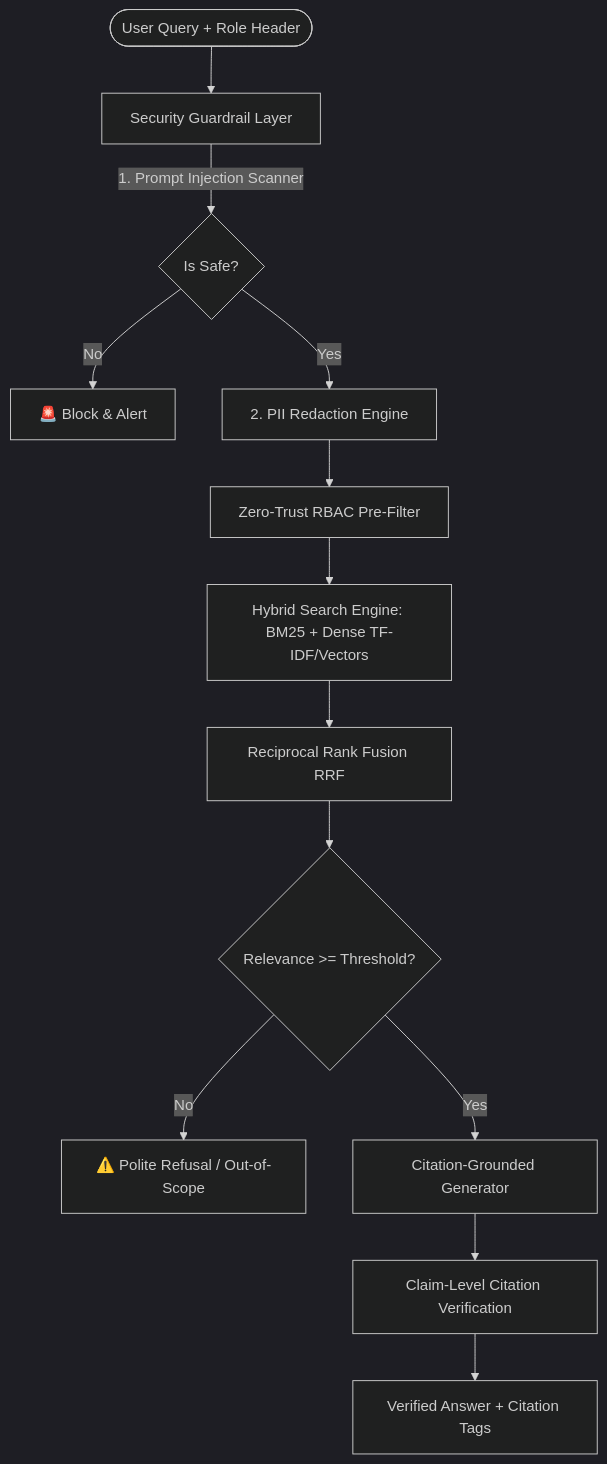
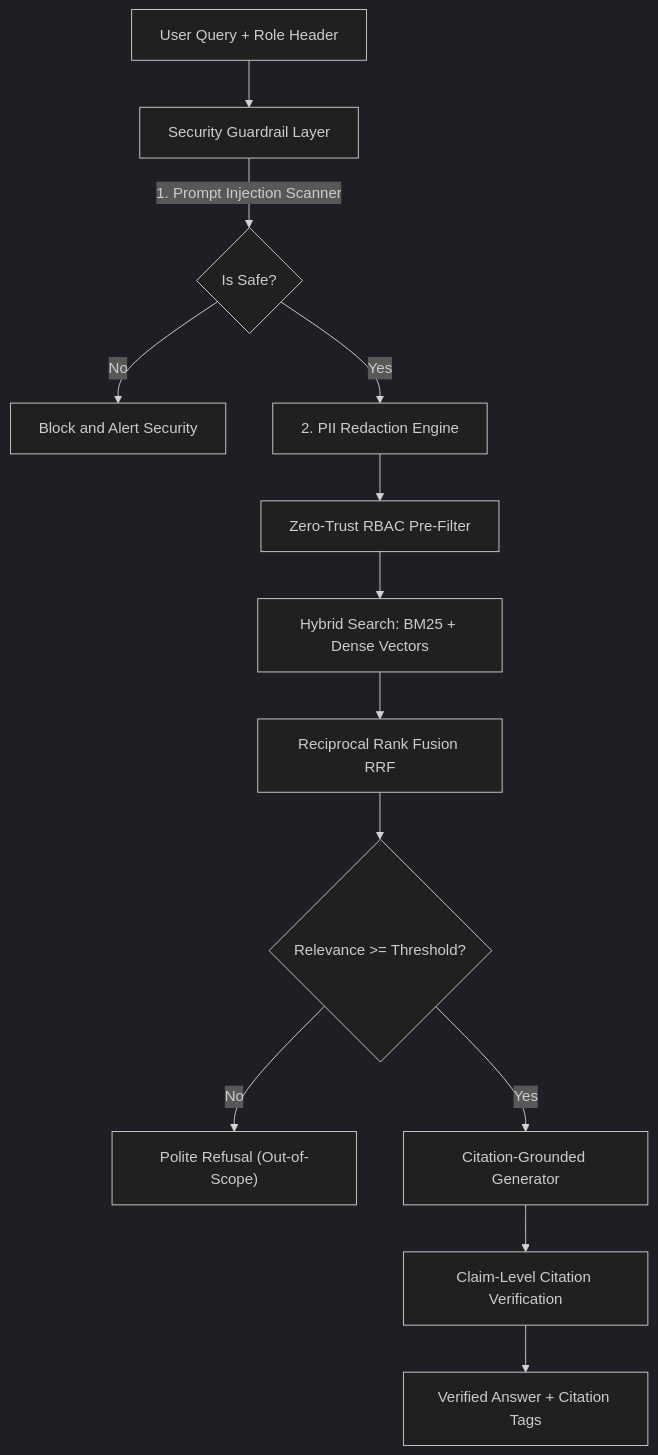
Before and after one commit to HariMKL-oss/regulatory-copilot-rag: the diagram in README.md, drawn with Mermaid (dark theme).

Commit message:
docs: fix Mermaid diagram syntax and quoting for GitHub rich rendering

````diff
--- a/README.md
+++ b/README.md
@@ -14,18 +14,18 @@
 ```mermaid
 flowchart TD
-    User([User Query + Role Header]) --> A[Security Guardrail Layer]
-    A -->|1. Prompt Injection Scanner| B{Is Safe?}
-    B -->|No| C[🚨 Block & Alert]
-    B -->|Yes| D[2. PII Redaction Engine]
+    User["User Query + Role Header"] --> A["Security Guardrail Layer"]
+    A -->|"1. Prompt Injection Scanner"| B{"Is Safe?"}
+    B -->|"No"| C["Block and Alert Security"]
+    B -->|"Yes"| D["2. PII Redaction Engine"]
     
-    D --> E[Zero-Trust RBAC Pre-Filter]
-    E --> F[Hybrid Search Engine: BM25 + Dense TF-IDF/Vectors]
-    F --> G[Reciprocal Rank Fusion RRF]
+    D --> E["Zero-Trust RBAC Pre-Filter"]
+    E --> F["Hybrid Search: BM25 + Dense Vectors"]
+    F --> G["Reciprocal Rank Fusion RRF"]
     
-    G --> H{Relevance >= Threshold?}
-    H -->|No| I[⚠️ Polite Refusal / Out-of-Scope]
-    H -->|Yes| J[Citation-Grounded Generator]
+    G --> H{"Relevance >= Threshold?"}
+    H -->|"No"| I["Polite Refusal (Out-of-Scope)"]
+    H -->|"Yes"| J["Citation-Grounded Generator"]
     
-    J --> K[Claim-Level Citation Verification]
-    K --> L[Verified Answer + Citation Tags]
+    J --> K["Claim-Level Citation Verification"]
+    K --> L["Verified Answer + Citation Tags"]
 ```
````
